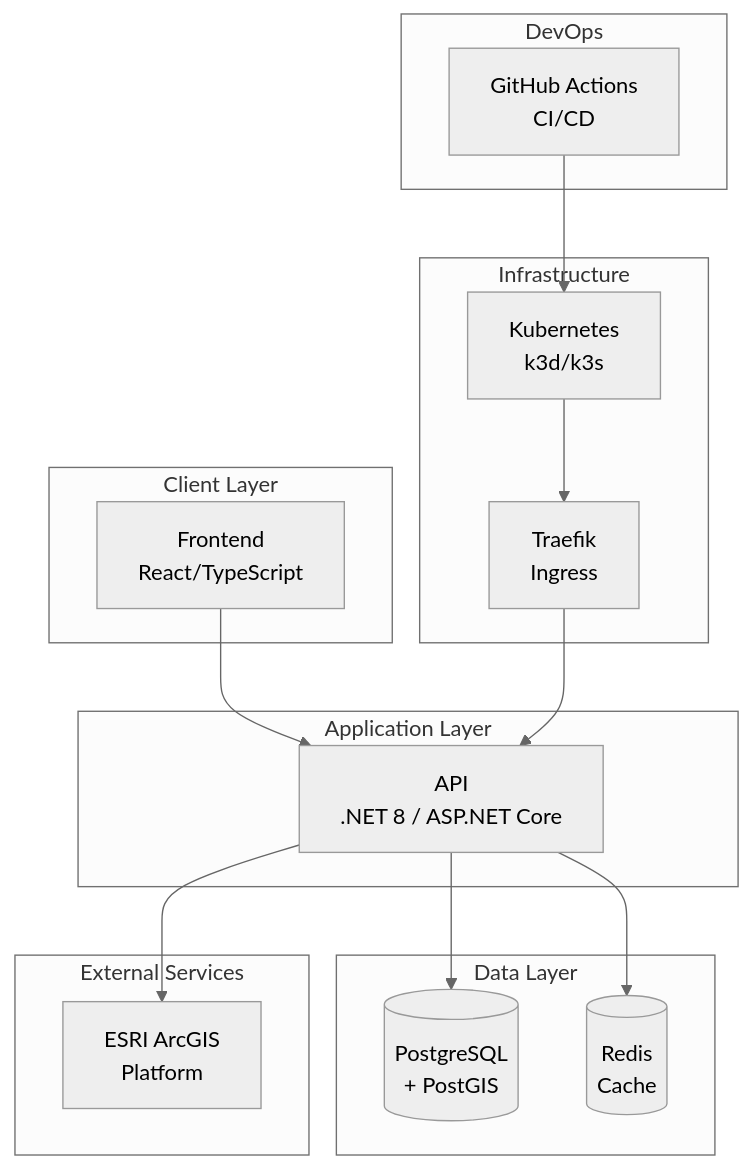
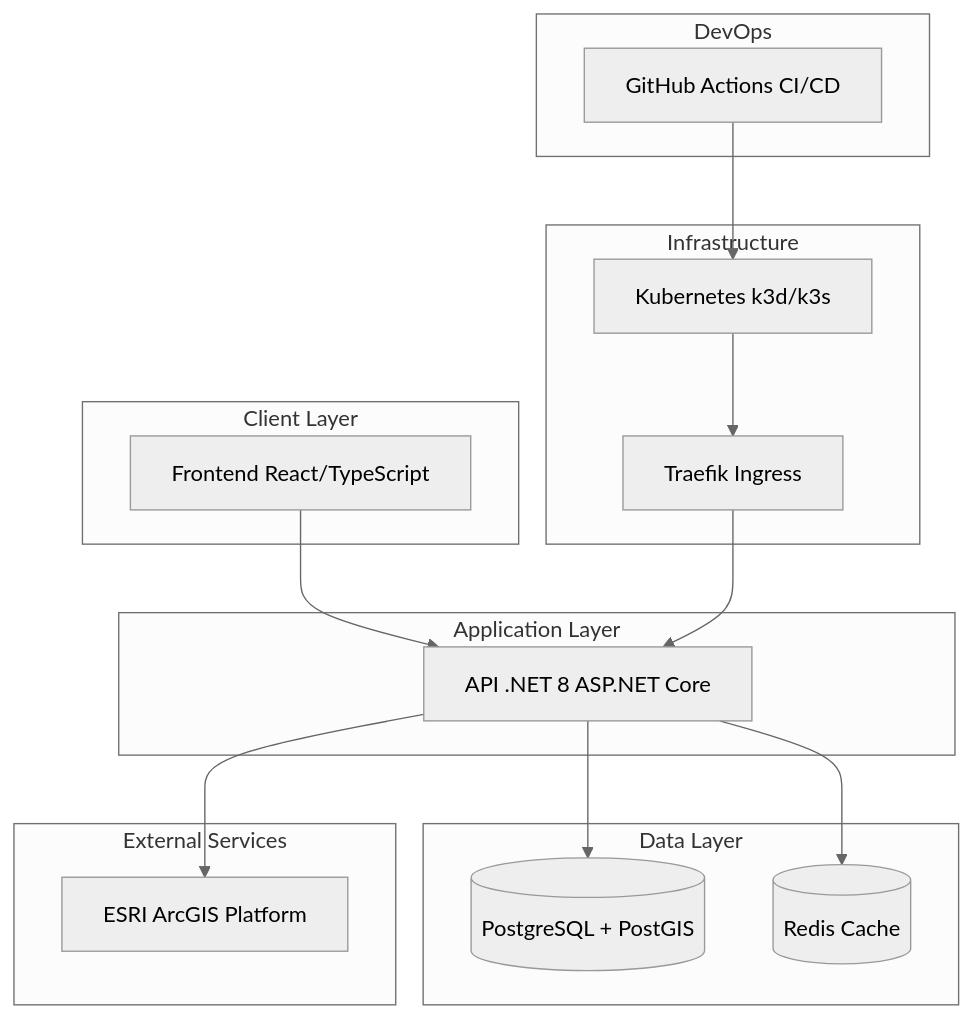
One commit to msftsean/rms-demo-esri changed the diagram in README.md. Above: the diagram before and after it, drawn with Mermaid (neutral theme). The commit also changed other lines of this file, not shown here.

Commit message:
fix: simplify Mermaid diagram syntax to resolve GitHub rendering issues

````diff
--- a/README.md
+++ b/README.md
@@ -23,36 +22,36 @@
 ```mermaid
 graph TB
-    subgraph "Client Layer"
-        A[Frontend<br/>React/TypeScript]
+    A[Frontend React/TypeScript] --> B[API .NET 8 ASP.NET Core]
+    B --> D[(PostgreSQL + PostGIS)]
+    B --> E[(Redis Cache)]
+    B --> F[ESRI ArcGIS Platform]
+    G[GitHub Actions CI/CD] --> H[Kubernetes k3d/k3s]
+    H --> I[Traefik Ingress]
+    I --> B
+    
+    subgraph client [Client Layer]
+        A
     end
     
-    subgraph "Application Layer"
-        B[API<br/>.NET 8 / ASP.NET Core]
+    subgraph app [Application Layer]
+        B
     end
     
-    subgraph "Data Layer"
-        D[(PostgreSQL<br/>+ PostGIS)]
-        E[(Redis<br/>Cache)]
+    subgraph data [Data Layer]
+        D
+        E
     end
     
-    subgraph "External Services"
-        F[ESRI ArcGIS<br/>Platform]
+    subgraph external [External Services]
+        F
     end
     
-    subgraph "DevOps"
-        G[GitHub Actions<br/>CI/CD]
+    subgraph devops [DevOps]
+        G
     end
     
-    subgraph "Infrastructure"
-        K8S[Kubernetes<br/>k3d/k3s]
-        I2[Traefik<br/>Ingress]
+    subgraph infra [Infrastructure]
+        H
+        I
     end
-    
-    A --> B
-    B --> D
-    B --> E
-    B --> F
-    G --> K8S
-    K8S --> I2
-    I2 --> B
 ```
````
